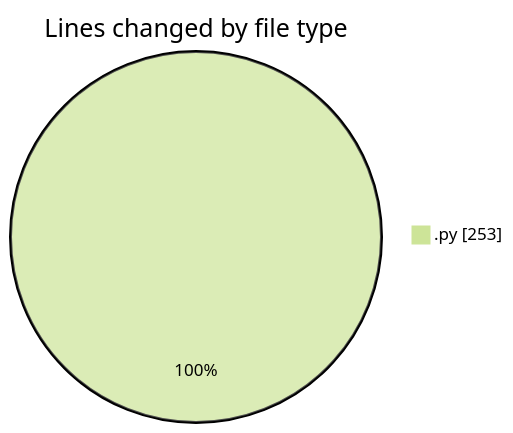
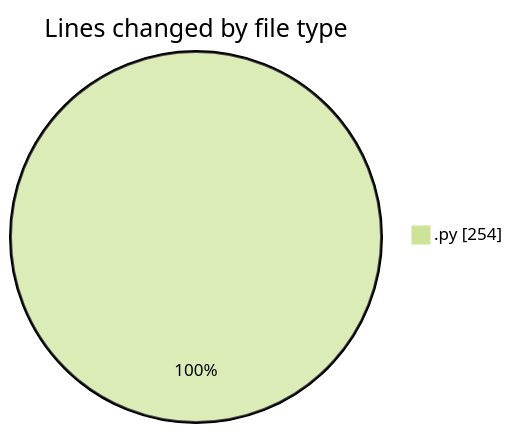
One commit to trdunsworth/code-tracking changed the first of 2 diagrams in 2025-04-23/synth_911data_gen/README.md. Above: the diagram before and after it, drawn with Mermaid (forest theme). The commit also changed other lines of this file and 1 other file, not shown here.

````diff
--- a/2025-04-23/synth_911data_gen/README.md
+++ b/2025-04-23/synth_911data_gen/README.md
@@ -20,5 +20,5 @@
 ```mermaid
 pie showData
 title Lines changed by file type
-".py" : 253
+".py" : 254
 ```
````
